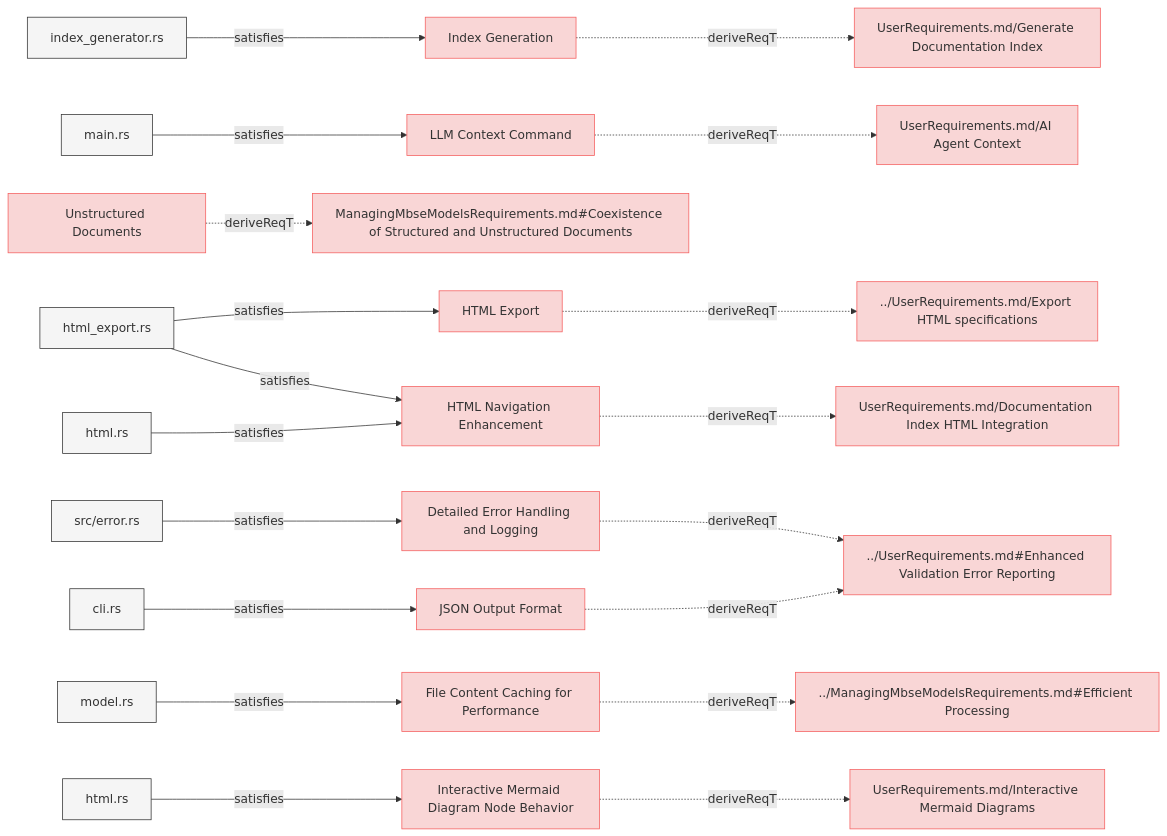
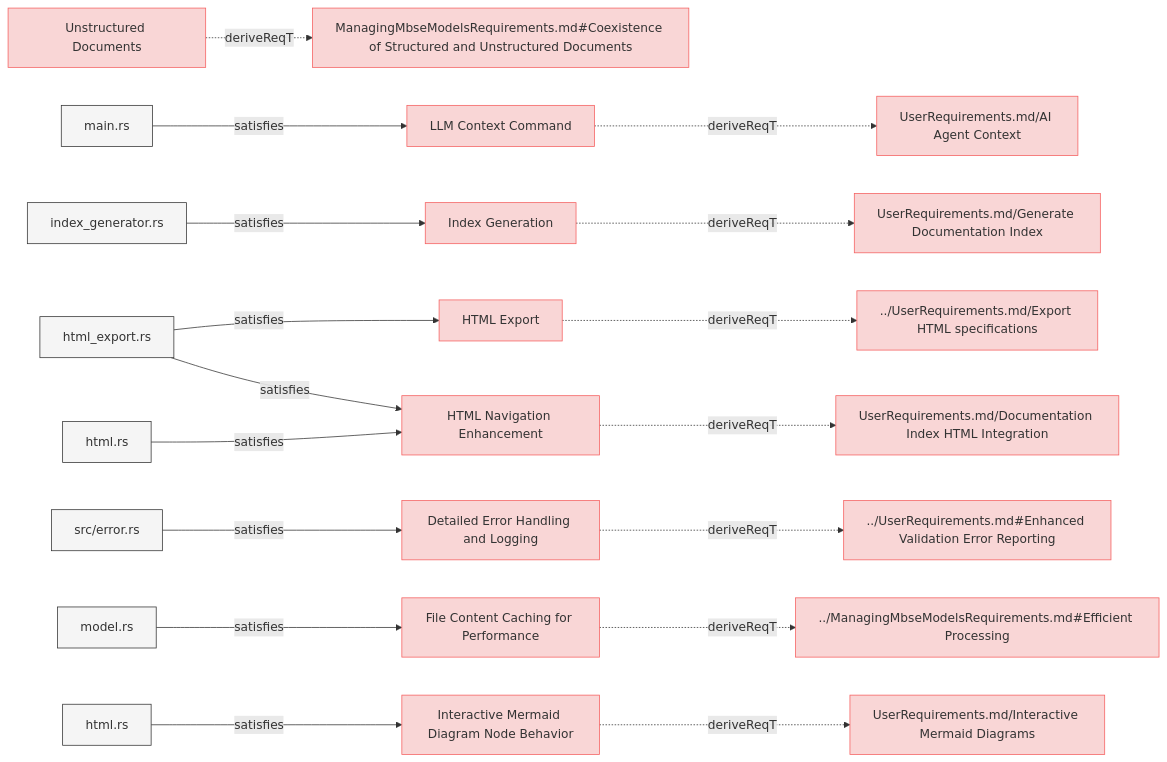
The third of 8 diagrams in specifications/SystemRequirements/Requirements.md (reqvire-org/reqvire), drawn with Mermaid before and after one commit. The commit also changed other lines of this file and 20 other files, not shown here.

````diff
--- a/specifications/SystemRequirements/Requirements.md
+++ b/specifications/SystemRequirements/Requirements.md
@@ -236,97 +236,89 @@
   classDef externalLink fill:#d0e0ff,stroke:#3080ff,stroke-width:1px;
   classDef default fill:#f5f5f5,stroke:#333333,stroke-width:1px;
 
+  3f1abb8fd2d7c9c2["Unstructured Documents"];
+  click 3f1abb8fd2d7c9c2 "https://github.com/Reqvire/reqvire/blob/667635d4628fed400323f7df3689af2dbc2ad666/specifications/SystemRequirements/Requirements.md#unstructured-documents";
+  class 3f1abb8fd2d7c9c2 requirement;
+  da5831ca85881025["ManagingMbseModelsRequirements.md#Coexistence of Structured and Unstructured Documents"];
+  class da5831ca85881025 requirement;
+  click da5831ca85881025 "https://github.com/Reqvire/reqvire/blob/667635d4628fed400323f7df3689af2dbc2ad666/specifications/ManagingMbseModelsRequirements.md#coexistence-of-structured-and-unstructured-documents";
+  3f1abb8fd2d7c9c2 -.->|deriveReqT| da5831ca85881025;
+  d177913fffd1ed11["LLM Context Command"];
+  click d177913fffd1ed11 "https://github.com/Reqvire/reqvire/blob/667635d4628fed400323f7df3689af2dbc2ad666/specifications/SystemRequirements/Requirements.md#llm-context-command";
+  class d177913fffd1ed11 requirement;
+  7fd9156eac77c270["UserRequirements.md/AI Agent Context"];
+  class 7fd9156eac77c270 requirement;
+  click 7fd9156eac77c270 "https://github.com/Reqvire/reqvire/blob/667635d4628fed400323f7df3689af2dbc2ad666/specifications/UserRequirements.md#ai-agent-context";
+  d177913fffd1ed11 -.->|deriveReqT| 7fd9156eac77c270;
+  615a0f4ad2620118["main.rs"];
+  class 615a0f4ad2620118 default;
+  click 615a0f4ad2620118 "https://github.com/Reqvire/reqvire/blob/667635d4628fed400323f7df3689af2dbc2ad666/cli/src/main.rs";
+  615a0f4ad2620118 -->|satisfies| d177913fffd1ed11;
   3b4bfa0725509a0e["Index Generation"];
-  click 3b4bfa0725509a0e "https://github.com/Reqvire/reqvire/blob/30536324899084e88969175e3613c971ffa6e108/specifications/SystemRequirements/Requirements.md#index-generation";
+  click 3b4bfa0725509a0e "https://github.com/Reqvire/reqvire/blob/667635d4628fed400323f7df3689af2dbc2ad666/specifications/SystemRequirements/Requirements.md#index-generation";
   class 3b4bfa0725509a0e requirement;
   9019be8bfdc22b35["UserRequirements.md/Generate Documentation Index"];
   class 9019be8bfdc22b35 requirement;
-  click 9019be8bfdc22b35 "https://github.com/Reqvire/reqvire/blob/30536324899084e88969175e3613c971ffa6e108/specifications/UserRequirements.md#generate-documentation-index";
+  click 9019be8bfdc22b35 "https://github.com/Reqvire/reqvire/blob/667635d4628fed400323f7df3689af2dbc2ad666/specifications/UserRequirements.md#generate-documentation-index";
   3b4bfa0725509a0e -.->|deriveReqT| 9019be8bfdc22b35;
   3461f4a59371fd45["index_generator.rs"];
   class 3461f4a59371fd45 default;
-  click 3461f4a59371fd45 "https://github.com/Reqvire/reqvire/blob/30536324899084e88969175e3613c971ffa6e108/core/src/index_generator.rs";
+  click 3461f4a59371fd45 "https://github.com/Reqvire/reqvire/blob/667635d4628fed400323f7df3689af2dbc2ad666/core/src/index_generator.rs";
   3461f4a59371fd45 -->|satisfies| 3b4bfa0725509a0e;
-  d177913fffd1ed11["LLM Context Command"];
-  click d177913fffd1ed11 "https://github.com/Reqvire/reqvire/blob/30536324899084e88969175e3613c971ffa6e108/specifications/SystemRequirements/Requirements.md#llm-context-command";
-  class d177913fffd1ed11 requirement;
-  7fd9156eac77c270["UserRequirements.md/AI Agent Context"];
-  class 7fd9156eac77c270 requirement;
-  click 7fd9156eac77c270 "https://github.com/Reqvire/reqvire/blob/30536324899084e88969175e3613c971ffa6e108/specifications/UserRequirements.md#ai-agent-context";
-  d177913fffd1ed11 -.->|deriveReqT| 7fd9156eac77c270;
-  615a0f4ad2620118["main.rs"];
-  class 615a0f4ad2620118 default;
-  click 615a0f4ad2620118 "https://github.com/Reqvire/reqvire/blob/30536324899084e88969175e3613c971ffa6e108/cli/src/main.rs";
-  615a0f4ad2620118 -->|satisfies| d177913fffd1ed11;
   a2b1d4ec64cbd441["HTML Export"];
-  click a2b1d4ec64cbd441 "https://github.com/Reqvire/reqvire/blob/30536324899084e88969175e3613c971ffa6e108/specifications/SystemRequirements/Requirements.md#html-export";
+  click a2b1d4ec64cbd441 "https://github.com/Reqvire/reqvire/blob/667635d4628fed400323f7df3689af2dbc2ad666/specifications/SystemRequirements/Requirements.md#html-export";
   class a2b1d4ec64cbd441 requirement;
   d9686a154fe87b2["../UserRequirements.md/Export HTML specifications"];
   class d9686a154fe87b2 requirement;
-  click d9686a154fe87b2 "https://github.com/Reqvire/reqvire/blob/30536324899084e88969175e3613c971ffa6e108/specifications/UserRequirements.md#export-html-specifications";
+  click d9686a154fe87b2 "https://github.com/Reqvire/reqvire/blob/667635d4628fed400323f7df3689af2dbc2ad666/specifications/UserRequirements.md#export-html-specifications";
   a2b1d4ec64cbd441 -.->|deriveReqT| d9686a154fe87b2;
   5dbf1a3141d3defb["html_export.rs"];
   class 5dbf1a3141d3defb default;
-  click 5dbf1a3141d3defb "https://github.com/Reqvire/reqvire/blob/30536324899084e88969175e3613c971ffa6e108/core/src/html_export.rs";
+  click 5dbf1a3141d3defb "https://github.com/Reqvire/reqvire/blob/667635d4628fed400323f7df3689af2dbc2ad666/core/src/html_export.rs";
   5dbf1a3141d3defb -->|satisfies| a2b1d4ec64cbd441;
-  3f1abb8fd2d7c9c2["Unstructured Documents"];
-  click 3f1abb8fd2d7c9c2 "https://github.com/Reqvire/reqvire/blob/30536324899084e88969175e3613c971ffa6e108/specifications/SystemRequirements/Requirements.md#unstructured-documents";
-  class 3f1abb8fd2d7c9c2 requirement;
-  da5831ca85881025["ManagingMbseModelsRequirements.md#Coexistence of Structured and Unstructured Documents"];
-  class da5831ca85881025 requirement;
-  click da5831ca85881025 "https://github.com/Reqvire/reqvire/blob/30536324899084e88969175e3613c971ffa6e108/specifications/ManagingMbseModelsRequirements.md#coexistence-of-structured-and-unstructured-documents";
-  3f1abb8fd2d7c9c2 -.->|deriveReqT| da5831ca85881025;
   d72f6096b9a5dd8e["Detailed Error Handling and Logging"];
-  click d72f6096b9a5dd8e "https://github.com/Reqvire/reqvire/blob/30536324899084e88969175e3613c971ffa6e108/specifications/SystemRequirements/Requirements.md#detailed-error-handling-and-logging";
+  click d72f6096b9a5dd8e "https://github.com/Reqvire/reqvire/blob/667635d4628fed400323f7df3689af2dbc2ad666/specifications/SystemRequirements/Requirements.md#detailed-error-handling-and-logging";
   class d72f6096b9a5dd8e requirement;
   3d2fe0b05ff9c8e3["../UserRequirements.md#Enhanced Validation Error Reporting"];
   class 3d2fe0b05ff9c8e3 requirement;
-  click 3d2fe0b05ff9c8e3 "https://github.com/Reqvire/reqvire/blob/30536324899084e88969175e3613c971ffa6e108/specifications/UserRequirements.md#enhanced-validation-error-reporting";
+  click 3d2fe0b05ff9c8e3 "https://github.com/Reqvire/reqvire/blob/667635d4628fed400323f7df3689af2dbc2ad666/specifications/UserRequirements.md#enhanced-validation-error-reporting";
   d72f6096b9a5dd8e -.->|deriveReqT| 3d2fe0b05ff9c8e3;
   af1374ae222fbd72["src/error.rs"];
   class af1374ae222fbd72 default;
-  click af1374ae222fbd72 "https://github.com/Reqvire/reqvire/blob/30536324899084e88969175e3613c971ffa6e108/core/src/error.rs";
+  click af1374ae222fbd72 "https://github.com/Reqvire/reqvire/blob/667635d4628fed400323f7df3689af2dbc2ad666/core/src/error.rs";
   af1374ae222fbd72 -->|satisfies| d72f6096b9a5dd8e;
   ea45d7ea45c8ee7e["File Content Caching for Performance"];
-  click ea45d7ea45c8ee7e "https://github.com/Reqvire/reqvire/blob/30536324899084e88969175e3613c971ffa6e108/specifications/SystemRequirements/Requirements.md#file-content-caching-for-performance";
+  click ea45d7ea45c8ee7e "https://github.com/Reqvire/reqvire/blob/667635d4628fed400323f7df3689af2dbc2ad666/specifications/SystemRequirements/Requirements.md#file-content-caching-for-performance";
   class ea45d7ea45c8ee7e requirement;
   386d7b145d008870["../ManagingMbseModelsRequirements.md#Efficient Processing"];
   class 386d7b145d008870 requirement;
-  click 386d7b145d008870 "https://github.com/Reqvire/reqvire/blob/30536324899084e88969175e3613c971ffa6e108/specifications/ManagingMbseModelsRequirements.md#efficient-processing";
+  click 386d7b145d008870 "https://github.com/Reqvire/reqvire/blob/667635d4628fed400323f7df3689af2dbc2ad666/specifications/ManagingMbseModelsRequirements.md#efficient-processing";
   ea45d7ea45c8ee7e -.->|deriveReqT| 386d7b145d008870;
   36fd2b1e82621caf["model.rs"];
   class 36fd2b1e82621caf default;
-  click 36fd2b1e82621caf "https://github.com/Reqvire/reqvire/blob/30536324899084e88969175e3613c971ffa6e108/core/src/model.rs";
+  click 36fd2b1e82621caf "https://github.com/Reqvire/reqvire/blob/667635d4628fed400323f7df3689af2dbc2ad666/core/src/model.rs";
   36fd2b1e82621caf -->|satisfies| ea45d7ea45c8ee7e;
   1550bb73b8029cb["HTML Navigation Enhancement"];
-  click 1550bb73b8029cb "https://github.com/Reqvire/reqvire/blob/30536324899084e88969175e3613c971ffa6e108/specifications/SystemRequirements/Requirements.md#html-navigation-enhancement";
+  click 1550bb73b8029cb "https://github.com/Reqvire/reqvire/blob/667635d4628fed400323f7df3689af2dbc2ad666/specifications/SystemRequirements/Requirements.md#html-navigation-enhancement";
   class 1550bb73b8029cb requirement;
   b5146db7aedfd66["UserRequirements.md/Documentation Index HTML Integration"];
   class b5146db7aedfd66 requirement;
-  click b5146db7aedfd66 "https://github.com/Reqvire/reqvire/blob/30536324899084e88969175e3613c971ffa6e108/specifications/UserRequirements.md#documentation-index-html-integration";
+  click b5146db7aedfd66 "https://github.com/Reqvire/reqvire/blob/667635d4628fed400323f7df3689af2dbc2ad666/specifications/UserRequirements.md#documentation-index-html-integration";
   1550bb73b8029cb -.->|deriveReqT| b5146db7aedfd66;
   59e3b5b3087497da["html.rs"];
   class 59e3b5b3087497da default;
-  click 59e3b5b3087497da "https://github.com/Reqvire/reqvire/blob/30536324899084e88969175e3613c971ffa6e108/core/src/html.rs";
+  click 59e3b5b3087497da "https://github.com/Reqvire/reqvire/blob/667635d4628fed400323f7df3689af2dbc2ad666/core/src/html.rs";
   59e3b5b3087497da -->|satisfies| 1550bb73b8029cb;
   5dbf1a3141d3defb -->|satisfies| 1550bb73b8029cb;
-  bf6c9ff8abbc637b["JSON Output Format"];
-  click bf6c9ff8abbc637b "https://github.com/Reqvire/reqvire/blob/30536324899084e88969175e3613c971ffa6e108/specifications/SystemRequirements/Requirements.md#json-output-format";
-  class bf6c9ff8abbc637b requirement;
-  bf6c9ff8abbc637b -.->|deriveReqT| 3d2fe0b05ff9c8e3;
-  2f21d2133dbfd205["cli.rs"];
-  class 2f21d2133dbfd205 default;
-  click 2f21d2133dbfd205 "https://github.com/Reqvire/reqvire/blob/30536324899084e88969175e3613c971ffa6e108/cli/src/cli.rs";
-  2f21d2133dbfd205 -->|satisfies| bf6c9ff8abbc637b;
   a17b8052345712d7["Interactive Mermaid Diagram Node Behavior"];
-  click a17b8052345712d7 "https://github.com/Reqvire/reqvire/blob/30536324899084e88969175e3613c971ffa6e108/specifications/SystemRequirements/Requirements.md#interactive-mermaid-diagram-node-behavior";
+  click a17b8052345712d7 "https://github.com/Reqvire/reqvire/blob/667635d4628fed400323f7df3689af2dbc2ad666/specifications/SystemRequirements/Requirements.md#interactive-mermaid-diagram-node-behavior";
   class a17b8052345712d7 requirement;
   b8997351b6f34048["UserRequirements.md/Interactive Mermaid Diagrams"];
   class b8997351b6f34048 requirement;
-  click b8997351b6f34048 "https://github.com/Reqvire/reqvire/blob/30536324899084e88969175e3613c971ffa6e108/specifications/UserRequirements.md#interactive-mermaid-diagrams";
+  click b8997351b6f34048 "https://github.com/Reqvire/reqvire/blob/667635d4628fed400323f7df3689af2dbc2ad666/specifications/UserRequirements.md#interactive-mermaid-diagrams";
   a17b8052345712d7 -.->|deriveReqT| b8997351b6f34048;
   95f7dce6aff47396["html.rs"];
   class 95f7dce6aff47396 default;
-  click 95f7dce6aff47396 "https://github.com/Reqvire/reqvire/blob/30536324899084e88969175e3613c971ffa6e108/core/src/diagrams.rs";
+  click 95f7dce6aff47396 "https://github.com/Reqvire/reqvire/blob/667635d4628fed400323f7df3689af2dbc2ad666/core/src/diagrams.rs";
   95f7dce6aff47396 -->|satisfies| a17b8052345712d7;
 ```
````
